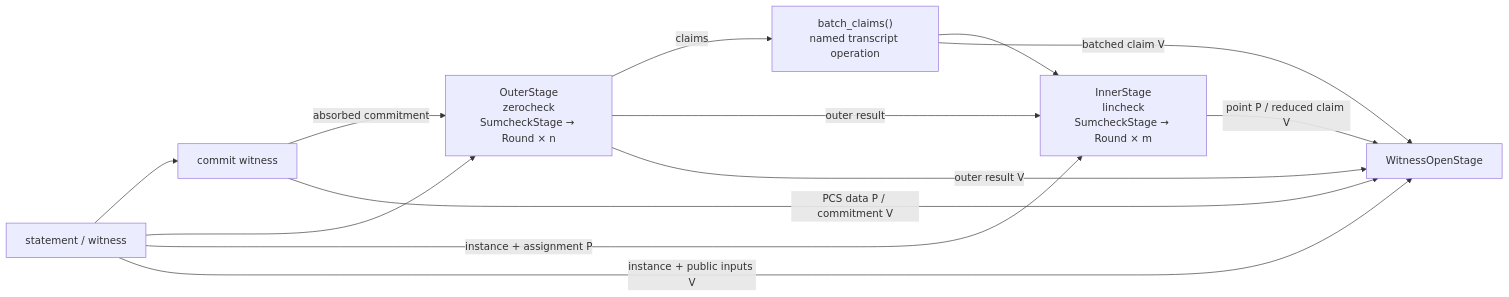
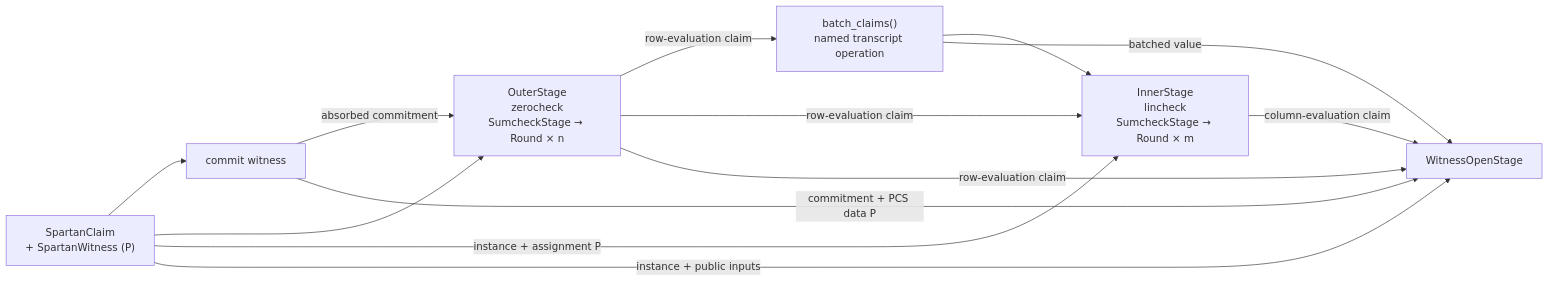
Before and after one commit to fractalyze/zorch: the diagram in README.md, drawn with Mermaid. The commit also changed other lines of this file and 51 other files, not shown here.

````diff
--- a/README.md
+++ b/README.md
@@ -93,22 +108,22 @@
 ```mermaid
 flowchart LR
-    input["statement / witness"]
+    input["SpartanClaim<br/>+ SpartanWitness (P)"]
     commit["commit witness"]
     outer["OuterStage<br/>zerocheck<br/>SumcheckStage → Round × n"]
     batch["batch_claims()<br/>named transcript operation"]
     inner["InnerStage<br/>lincheck<br/>SumcheckStage → Round × m"]
     opening["WitnessOpenStage"]
 
     input --> commit
     input --> outer
     commit -->|absorbed commitment| outer
-    outer -->|claims| batch
+    outer -->|row-evaluation claim| batch
     input -->|instance + assignment P| inner
-    outer -->|outer result| inner
+    outer -->|row-evaluation claim| inner
     batch --> inner
-    commit -->|PCS data P / commitment V| opening
-    input -->|instance + public inputs V| opening
-    outer -->|outer result V| opening
-    batch -->|batched claim V| opening
-    inner -->|point P / reduced claim V| opening
+    commit -->|commitment + PCS data P| opening
+    input -->|instance + public inputs| opening
+    outer -->|row-evaluation claim| opening
+    batch -->|batched value| opening
+    inner -->|column-evaluation claim| opening
 ```
````
